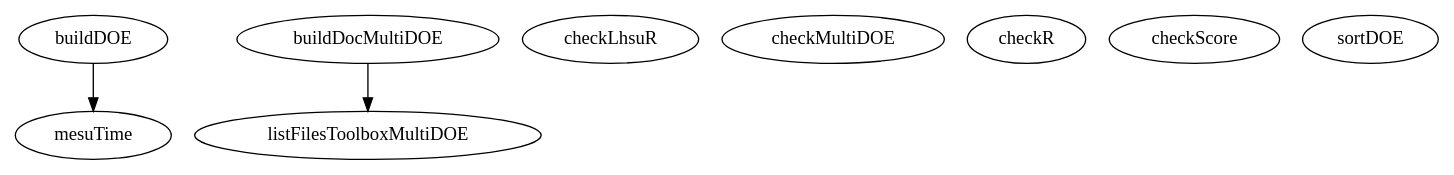
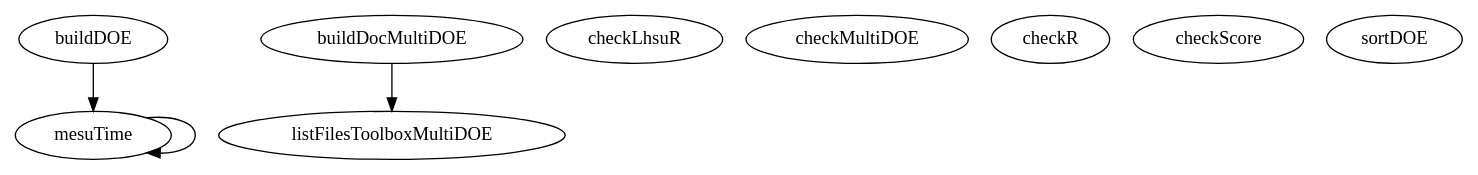
One commit to luclaurent/MultiDOE changed the diagram in doc/MultiDOE/src/various/graph.dot. Above: the diagram before and after it, drawn with Graphviz. The commit also changed 70 other files, not shown here.

```diff
--- a/doc/MultiDOE/src/various/graph.dot
+++ b/doc/MultiDOE/src/various/graph.dot
@@ -1,15 +1,16 @@
 /* Created by mdot for Matlab */
 digraph m2html {
   buildDOE -> mesuTime;
   buildDocMultiDOE -> listFilesToolboxMultiDOE;
+  mesuTime -> mesuTime;
 
   buildDOE [URL="buildDOE.html"];
   buildDocMultiDOE [URL="buildDocMultiDOE.html"];
   checkLhsuR [URL="checkLhsuR.html"];
   checkMultiDOE [URL="checkMultiDOE.html"];
   checkR [URL="checkR.html"];
   checkScore [URL="checkScore.html"];
   listFilesToolboxMultiDOE [URL="listFilesToolboxMultiDOE.html"];
   mesuTime [URL="mesuTime.html"];
   sortDOE [URL="sortDOE.html"];
 }
```
